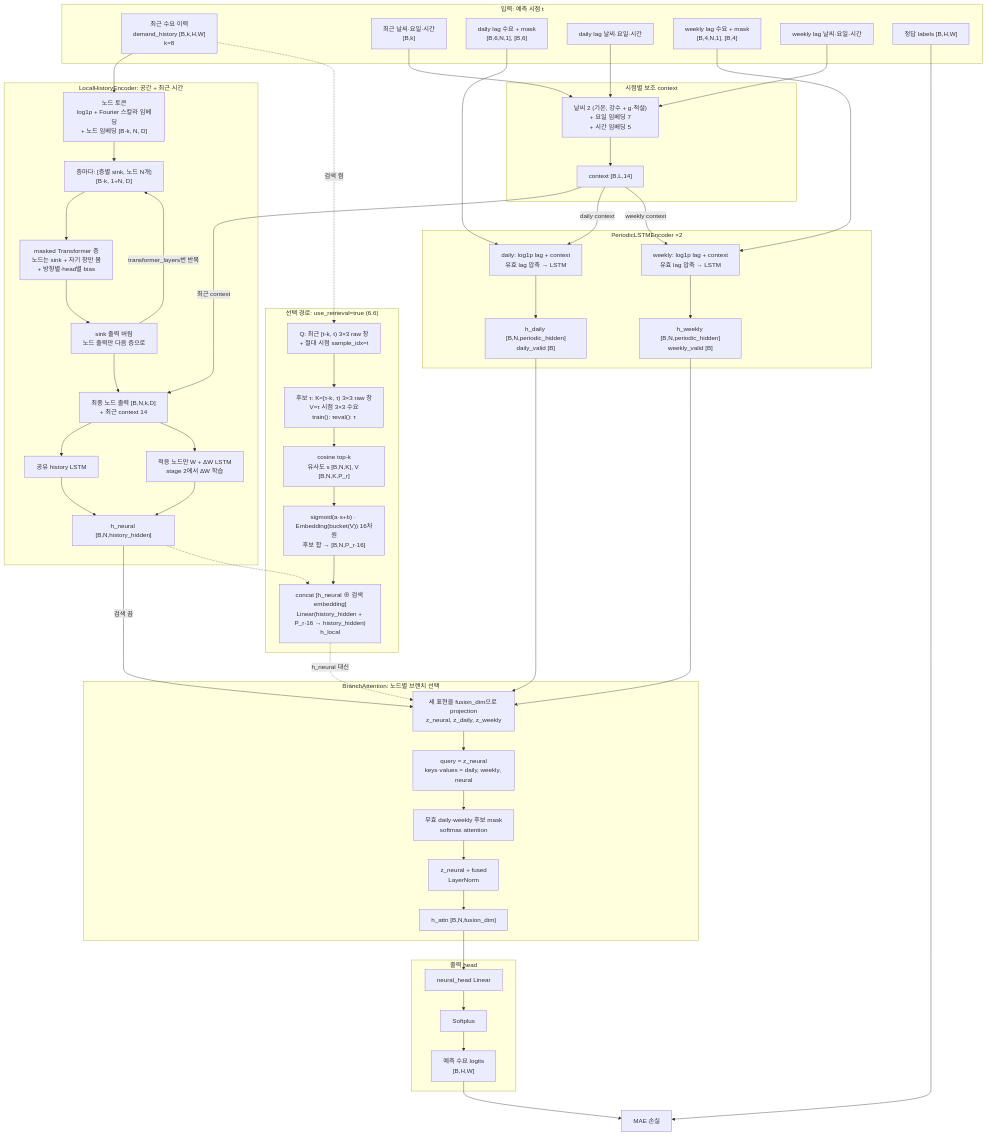
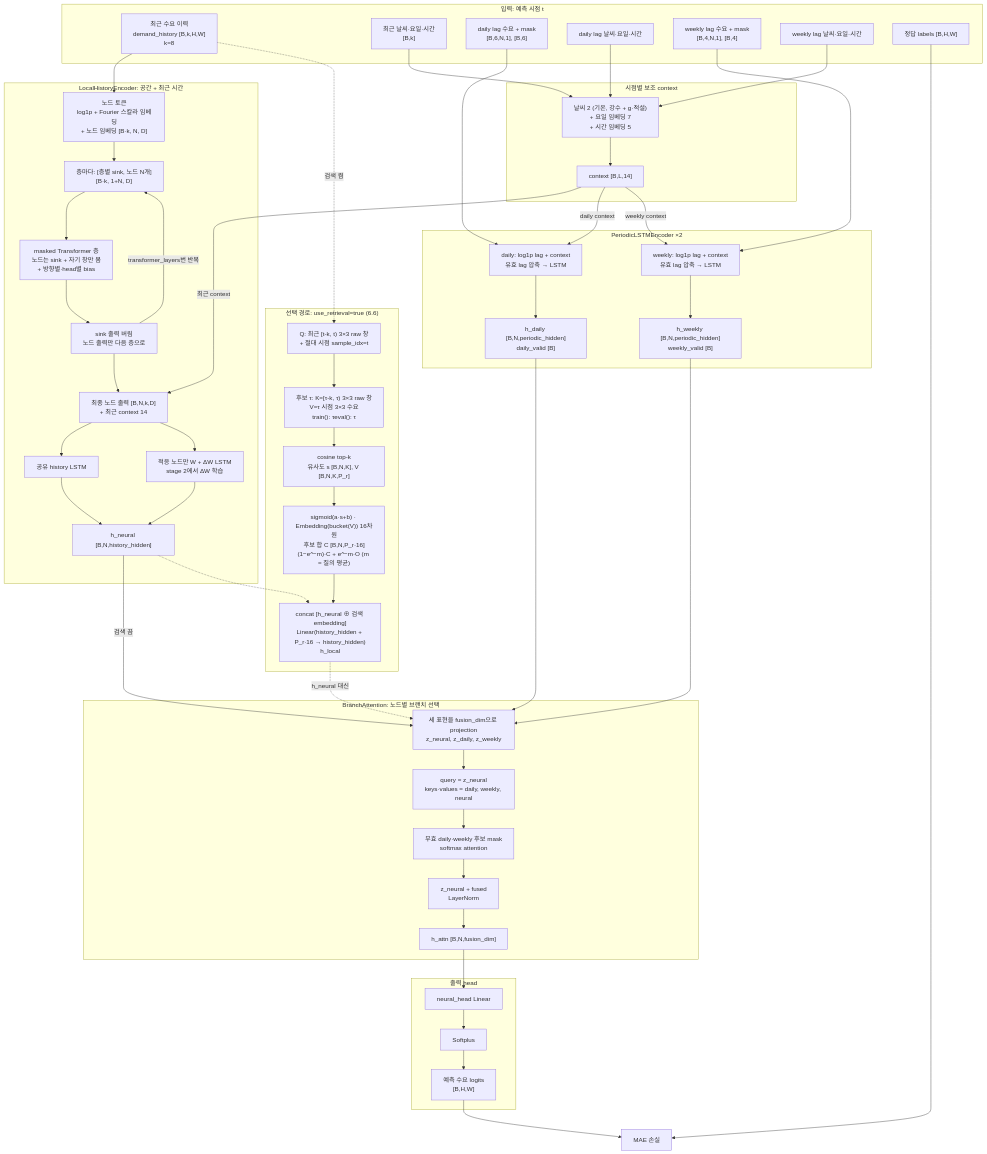
The diagram in docs/SPEC.md (dev-jake-kim/demandprediction), drawn with Mermaid before and after one commit. The commit also changed other lines of this file and 3 other files, not shown here.

```diff
--- a/docs/SPEC.md
+++ b/docs/SPEC.md
@@ -109,7 +109,7 @@
         R1["Q: 최근 [t-k, t) 3×3 raw 창<br/>+ 절대 시점 sample_idx=t"]
         R2["후보 τ: K=[τ-k, τ) 3×3 raw 창<br/>V=τ 시점 3×3 수요<br/>train(): τ<train_end, τ∉[t, t+72h]<br/>eval(): τ<t"]
         R3["cosine top-k<br/>유사도 s [B,N,K], V [B,N,K,P_r]"]
-        R4["sigmoid(a·s+b) · Embedding(bucket(V)) 16차원<br/>후보 합 → [B,N,P_r·16]"]
+        R4["sigmoid(a·s+b) · Embedding(bucket(V)) 16차원<br/>후보 합 C [B,N,P_r·16]<br/>(1−e^−m)·C + e^−m·O (m = 질의 평균)"]
         R5["concat [h_neural ⊕ 검색 embedding]<br/>Linear(history_hidden + P_r·16 → history_hidden)<br/>h_local"]
         R1 --> R2 --> R3 --> R4 --> R5
     end
```
